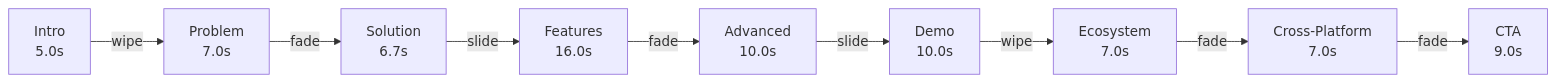
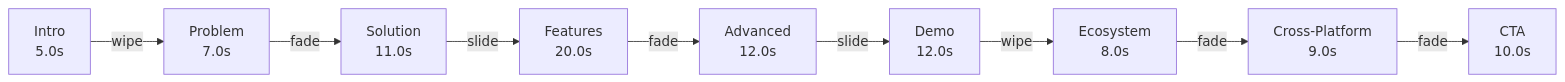
One commit to ChanMeng666/claude-code-audio-hooks-promo-video changed the first of 4 diagrams in README.md. Above: the diagram before and after it, drawn with Mermaid. The commit also changed other lines of this file and 5 other files, not shown here.

````diff
--- a/README.md
+++ b/README.md
@@ -34,11 +34,11 @@
 ```mermaid
 graph LR
     A[Intro<br/>5.0s] -->|wipe| B[Problem<br/>7.0s]
-    B -->|fade| C[Solution<br/>6.7s]
-    C -->|slide| D[Features<br/>16.0s]
-    D -->|fade| E[Advanced<br/>10.0s]
-    E -->|slide| F[Demo<br/>10.0s]
-    F -->|wipe| G[Ecosystem<br/>7.0s]
-    G -->|fade| H[Cross-Platform<br/>7.0s]
-    H -->|fade| I[CTA<br/>9.0s]
+    B -->|fade| C[Solution<br/>11.0s]
+    C -->|slide| D[Features<br/>20.0s]
+    D -->|fade| E[Advanced<br/>12.0s]
+    E -->|slide| F[Demo<br/>12.0s]
+    F -->|wipe| G[Ecosystem<br/>8.0s]
+    G -->|fade| H[Cross-Platform<br/>9.0s]
+    H -->|fade| I[CTA<br/>10.0s]
 ```
````
